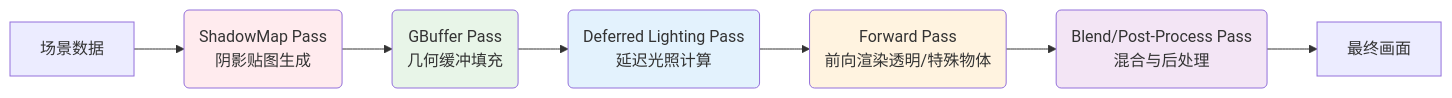
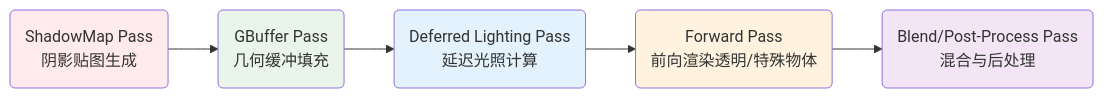
One commit to mite085/MiteEngine changed the second of 2 diagrams in README.md. Above: the diagram before and after it, drawn with Mermaid. The commit also changed other lines of this file and 13 other files, not shown here.

Commit message:
feat: 新增Readme截图展示

`````diff
--- a/README.md
+++ b/README.md
@@ -180,15 +180,14 @@
 ```mermaid
 graph LR
-    A[场景数据] --> B(ShadowMap Pass<br/>阴影贴图生成);
+    B(ShadowMap Pass<br/>阴影贴图生成);
     B --> C(GBuffer Pass<br/>几何缓冲填充);
     C --> D(Deferred Lighting Pass<br/>延迟光照计算);
     D --> E(Forward Pass<br/>前向渲染透明/特殊物体);
     E --> F(Blend/Post-Process Pass<br/>混合与后处理);
-    F --> G[最终画面];
     
     style B fill:#ffebee
     style C fill:#e8f5e8
     style D fill:#e3f2fd
     style E fill:#fff3e0
     style F fill:#f3e5f5
 ````
`````
